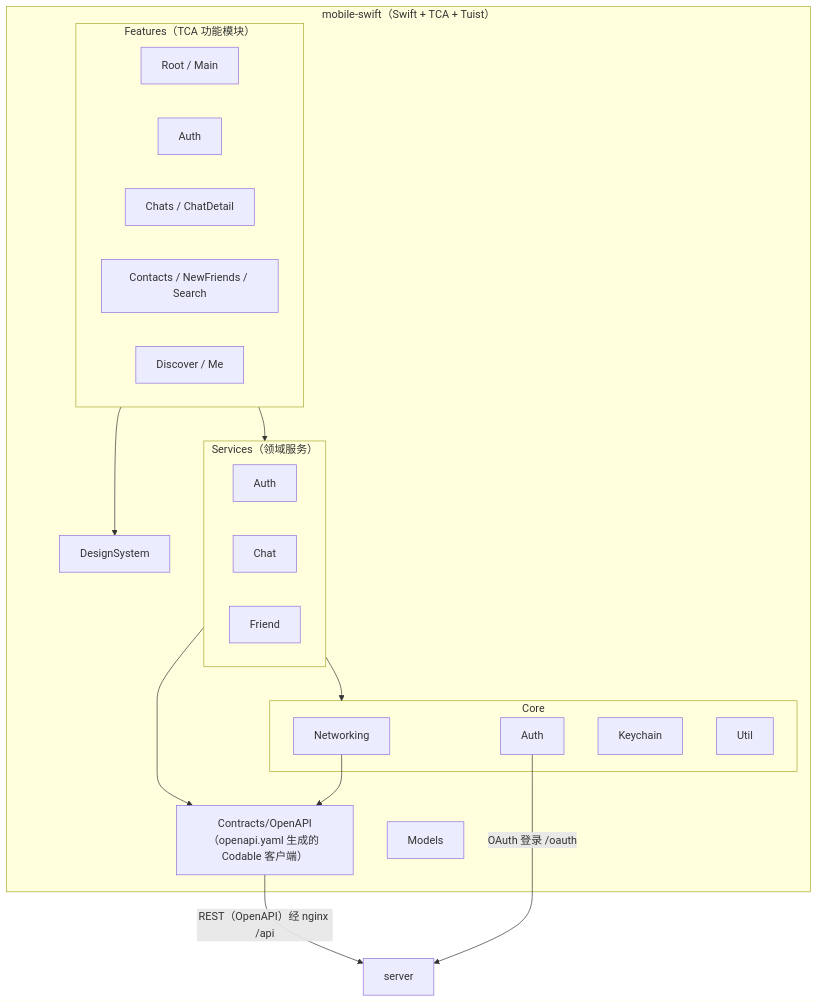
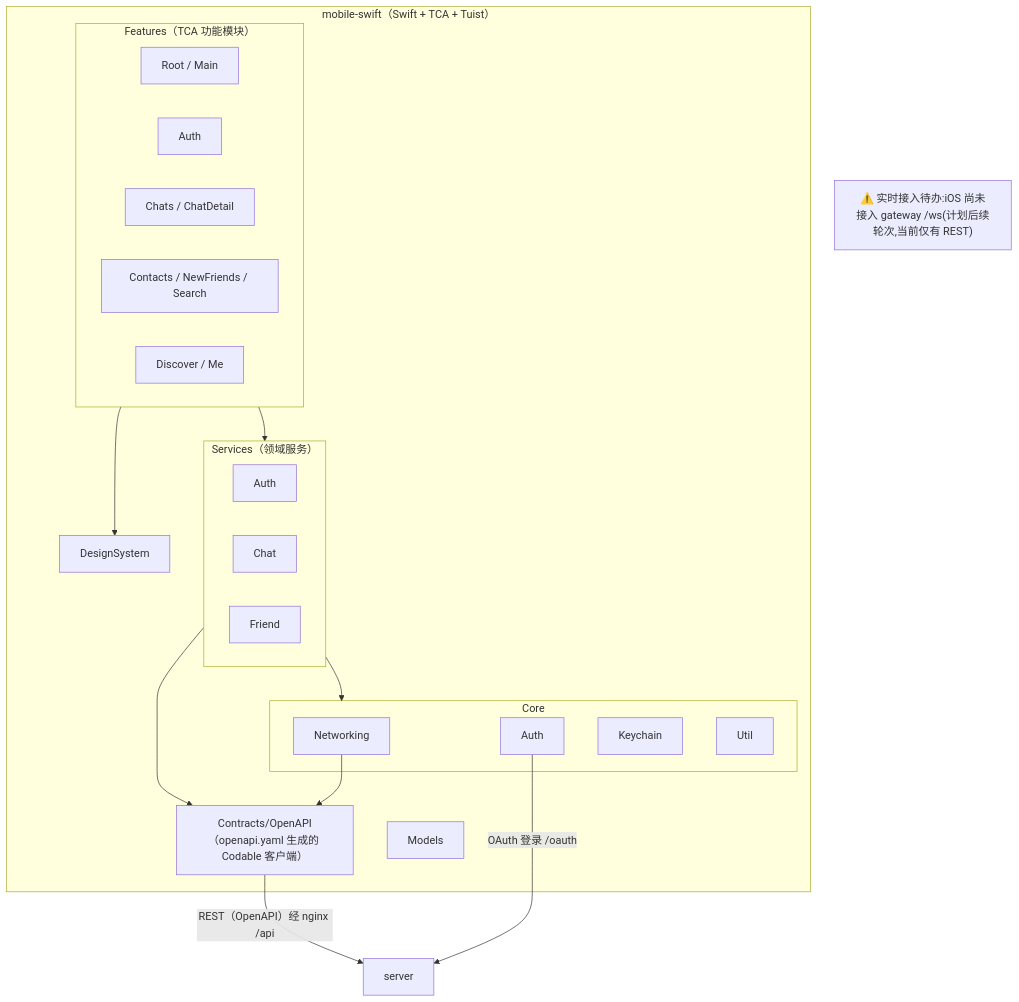
Before and after one commit to talqora/talqora: the fifth of 10 diagrams in docs/架构/系统架构图.md, drawn with Mermaid. The commit also changed other lines of this file, not shown here.

Commit message:
docs: 架构图同步连接层替换目标态

````diff
--- a/docs/架构/系统架构图.md
+++ b/docs/架构/系统架构图.md
@@ -285,34 +286,36 @@
 ```mermaid
 flowchart TB
     subgraph ios["mobile-swift（Swift + TCA + Tuist）"]
         subgraph features["Features（TCA 功能模块）"]
             fRoot["Root / Main"]
             fAuth["Auth"]
             fChats["Chats / ChatDetail"]
             fContacts["Contacts / NewFriends / Search"]
             fDiscover["Discover / Me"]
         end
         subgraph servicesL["Services（领域服务）"]
             svAuth["Auth"]
             svChat["Chat"]
             svFriend["Friend"]
         end
         subgraph core["Core"]
             cNet["Networking"]
             cAuth["Auth"]
             cKeychain["Keychain"]
             cUtil["Util"]
         end
         contractsL["Contracts/OpenAPI（openapi.yaml 生成的 Codable 客户端）"]
         ds["DesignSystem"]
         models["Models"]
     end
 
     features --> servicesL
     servicesL --> core
     servicesL --> contractsL
     cNet --> contractsL
     contractsL -->|"REST（OpenAPI）经 nginx /api"| server["server"]
     cAuth -->|"OAuth 登录 /oauth"| server
     features --> ds
+
+    note1["⚠️ 实时接入待办:iOS 尚未接入 gateway /ws(计划后续轮次,当前仅有 REST)"]
 ```
````
